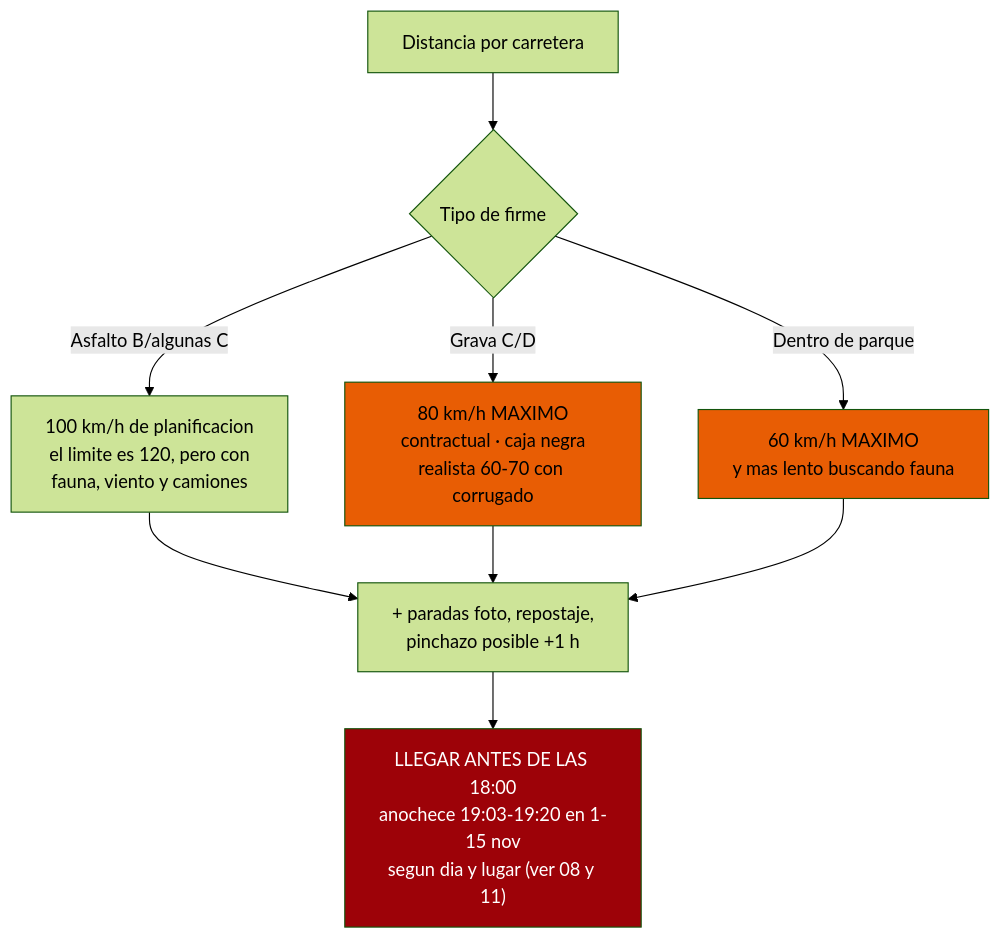
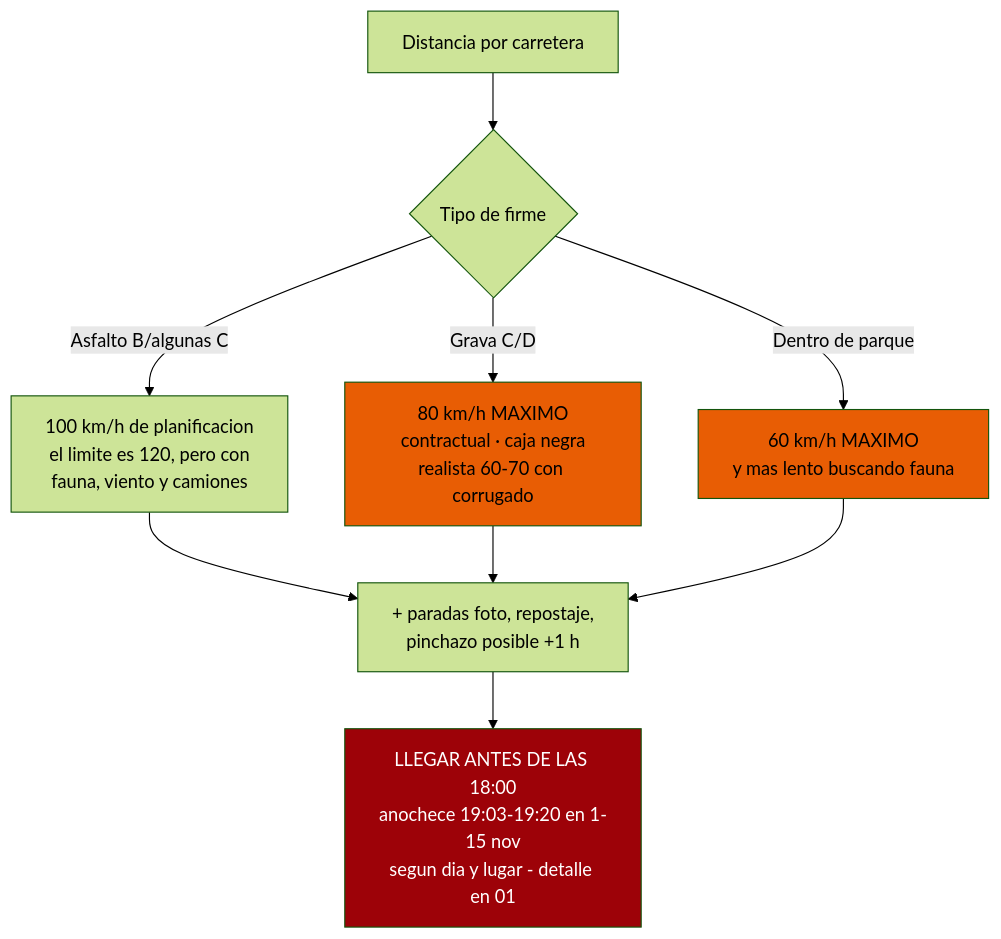
The diagram in 13-itinerario.md (morandeirachema/namibia), drawn with Mermaid (forest theme) before and after one commit. The commit also changed other lines of this file and 10 other files, not shown here.

````diff
--- a/13-itinerario.md
+++ b/13-itinerario.md
@@ -35,14 +29,14 @@
 ```mermaid
 flowchart TD
     A["Distancia por carretera"] --> B{"Tipo de firme"}
     B -->|"Asfalto B/algunas C"| C["100 km/h de planificacion<br/>el limite es 120, pero con<br/>fauna, viento y camiones"]
     B -->|"Grava C/D"| D["80 km/h MAXIMO<br/>contractual · caja negra<br/>realista 60-70 con corrugado"]
     B -->|"Dentro de parque"| E["60 km/h MAXIMO<br/>y mas lento buscando fauna"]
     C --> F["+ paradas foto, repostaje,<br/>pinchazo posible +1 h"]
     D --> F
     E --> F
-    F --> G["LLEGAR ANTES DE LAS 18:00<br/>anochece 19:03-19:20 en 1-15 nov<br/>segun dia y lugar (ver 08 y 11)"]
+    F --> G["LLEGAR ANTES DE LAS 18:00<br/>anochece 19:03-19:20 en 1-15 nov<br/>segun dia y lugar - detalle en 01"]
     style D fill:#e85d04,color:#000
     style E fill:#e85d04,color:#000
     style G fill:#9d0208,color:#fff
 ```
````
